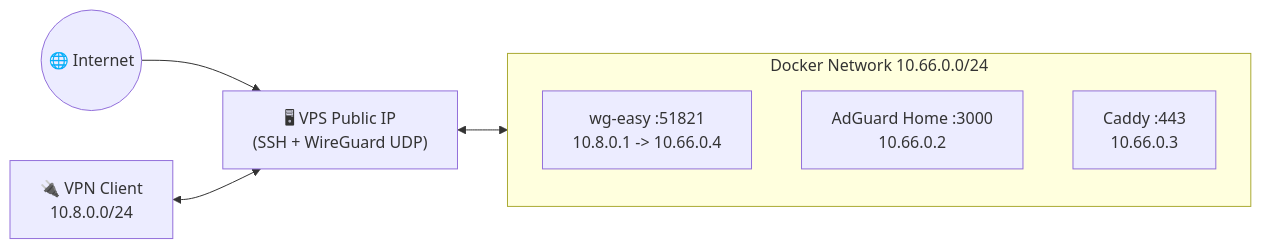
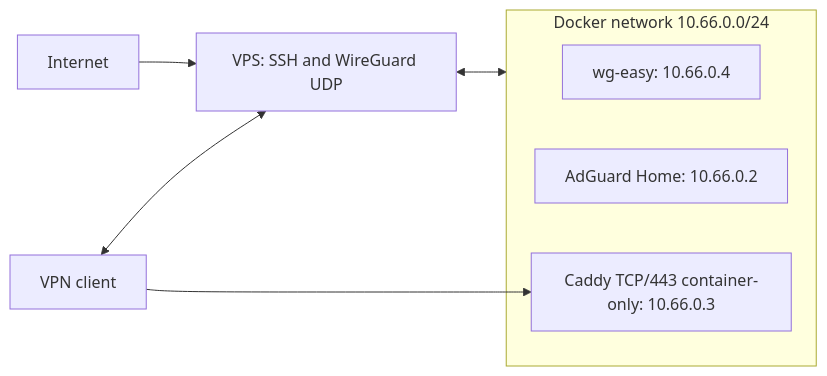
One commit to NikitaS2001/ansible-zero-trust-vps changed the diagram in README.md. Above: the diagram before and after it, drawn with Mermaid. The commit also changed other lines of this file and 6 other files, not shown here.

````diff
--- a/README.md
+++ b/README.md
@@ -28,15 +76,12 @@
 ```mermaid
 flowchart LR
-    Internet(("#127760; Internet"))
-    Client["#128268; VPN Client\n10.8.0.0/24"]
-    VPS["#128421; VPS Public IP\n#40;SSH + WireGuard UDP#41;"]
-    subgraph Docker_Network["Docker Network 10.66.0.0/24"]
-        WG["wg-easy :51821\n10.8.0.1 -> 10.66.0.4"]
-        AD["AdGuard Home :3000\n10.66.0.2"]
-        CAD["Caddy :443\n10.66.0.3"]
+    Internet[Internet] --> Host[VPS: SSH and WireGuard UDP]
+    Client[VPN client] <--> Host
+    subgraph Network[Docker network 10.66.0.0/24]
+        WG[wg-easy: 10.66.0.4]
+        AD[AdGuard Home: 10.66.0.2]
+        Caddy[Caddy TCP/443 container-only: 10.66.0.3]
     end
-
-    Internet --> VPS
-    Client <--> VPS
-    VPS <--> Docker_Network
+    Host <--> Network
+    Client --> Caddy
 ```
````
